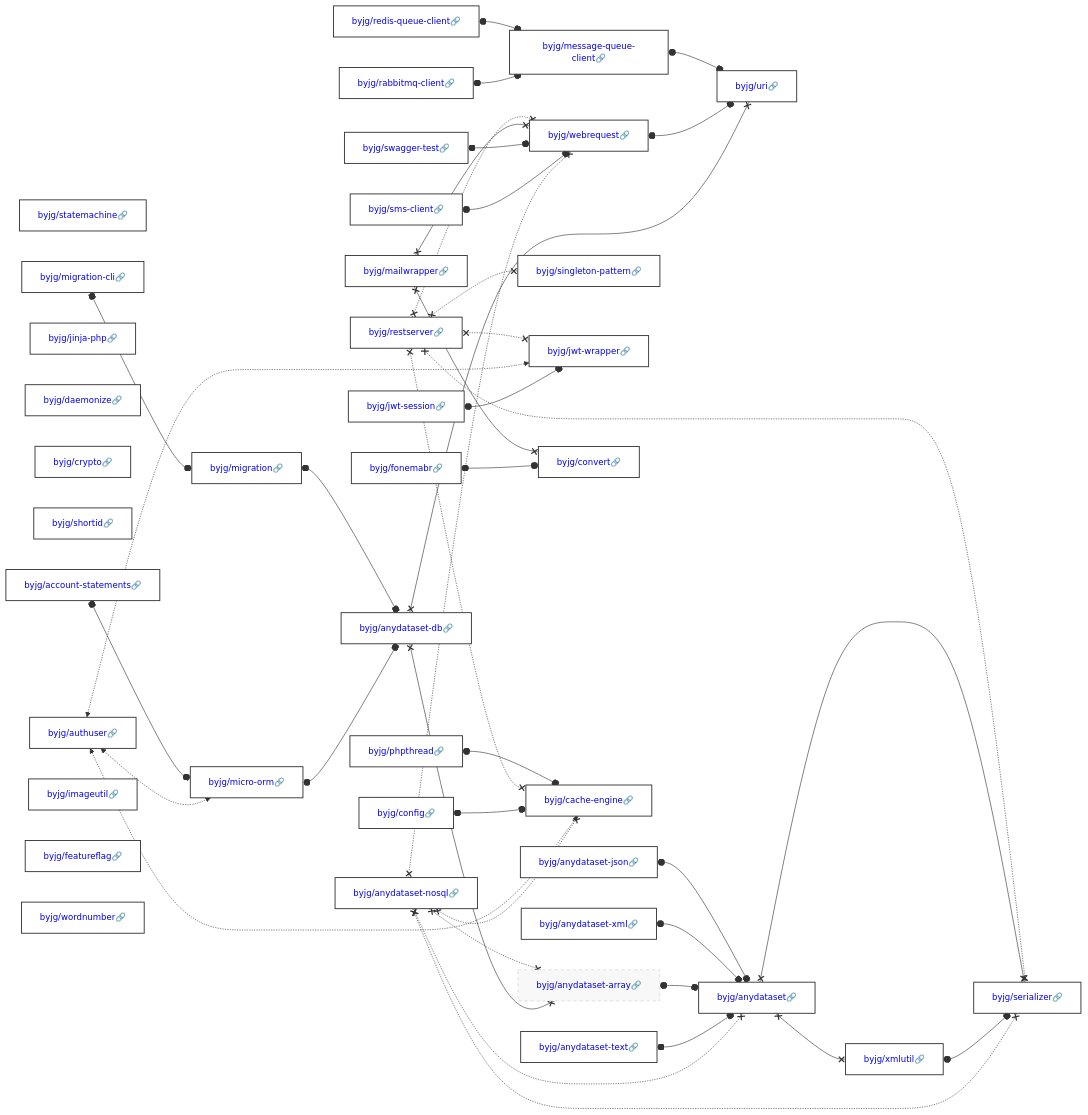
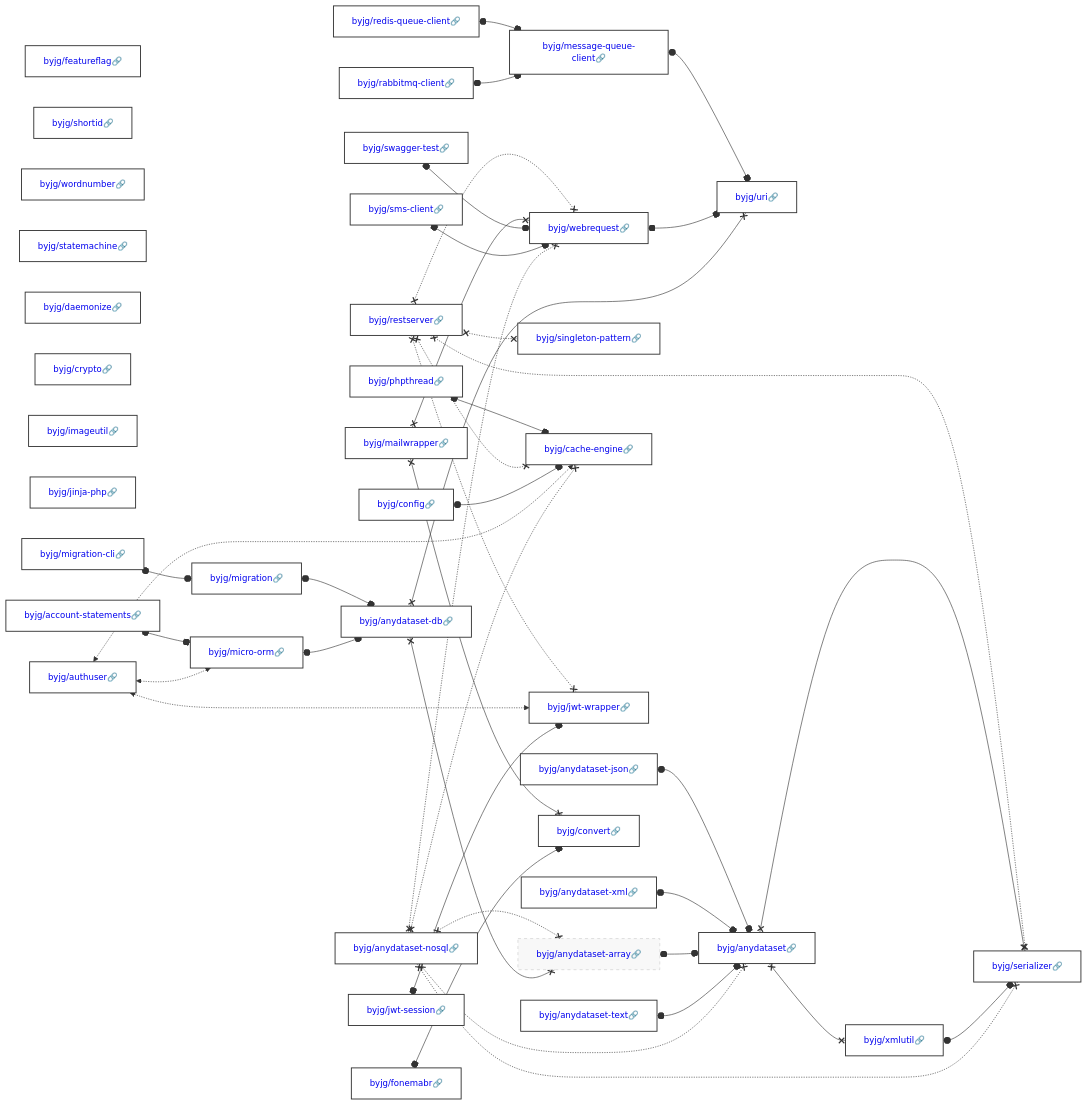
The diagram in docs/php/README.md (byjg/byjg.github.io), drawn with Mermaid before and after one commit. The commit also changed other lines of this file and 1 other file, not shown here.

Commit message:
Update documentation 'php' 'php-rabbitmq-client'

````diff
--- a/docs/php/README.md
+++ b/docs/php/README.md
@@ -3,38 +3,38 @@
 ```mermaid
 graph LR;
+  byjg/anydataset-nosql[<a href='https://opensource.byjg.com/docs/php/anydataset-nosql' style='text-decoration:none'>byjg/anydataset-nosql🔗</a>];
+  byjg/sms-client[<a href='https://opensource.byjg.com/docs/php/sms-client' style='text-decoration:none'>byjg/sms-client🔗</a>];
+  byjg/featureflag[<a href='https://opensource.byjg.com/docs/php/featureflag' style='text-decoration:none'>byjg/featureflag🔗</a>];
+  byjg/shortid[<a href='https://opensource.byjg.com/docs/php/shortid' style='text-decoration:none'>byjg/shortid🔗</a>];
+  byjg/wordnumber[<a href='https://opensource.byjg.com/docs/php/wordnumber' style='text-decoration:none'>byjg/wordnumber🔗</a>];
+  byjg/phpthread[<a href='https://opensource.byjg.com/docs/php/phpthread' style='text-decoration:none'>byjg/phpthread🔗</a>];
+  byjg/statemachine[<a href='https://opensource.byjg.com/docs/php/statemachine' style='text-decoration:none'>byjg/statemachine🔗</a>];
+  byjg/restserver[<a href='https://opensource.byjg.com/docs/php/restserver' style='text-decoration:none'>byjg/restserver🔗</a>];
+  byjg/daemonize[<a href='https://opensource.byjg.com/docs/php/daemonize' style='text-decoration:none'>byjg/daemonize🔗</a>];
+  byjg/crypto[<a href='https://opensource.byjg.com/docs/php/crypto' style='text-decoration:none'>byjg/crypto🔗</a>];
+  byjg/imageutil[<a href='https://opensource.byjg.com/docs/php/imageutil' style='text-decoration:none'>byjg/imageutil🔗</a>];
+  byjg/mailwrapper[<a href='https://opensource.byjg.com/docs/php/mailwrapper' style='text-decoration:none'>byjg/mailwrapper🔗</a>];
+  byjg/jinja-php[<a href='https://opensource.byjg.com/docs/php/jinja-php' style='text-decoration:none'>byjg/jinja-php🔗</a>];
+  byjg/config[<a href='https://opensource.byjg.com/docs/php/config' style='text-decoration:none'>byjg/config🔗</a>];
+  byjg/anydataset-text[<a href='https://opensource.byjg.com/docs/php/anydataset-text' style='text-decoration:none'>byjg/anydataset-text🔗</a>];
+  byjg/anydataset-json[<a href='https://opensource.byjg.com/docs/php/anydataset-json' style='text-decoration:none'>byjg/anydataset-json🔗</a>];
+  byjg/swagger-test[<a href='https://opensource.byjg.com/docs/php/swagger-test' style='text-decoration:none'>byjg/swagger-test🔗</a>];
+  byjg/anydataset-xml[<a href='https://opensource.byjg.com/docs/php/anydataset-xml' style='text-decoration:none'>byjg/anydataset-xml🔗</a>];
+  byjg/authuser[<a href='https://opensource.byjg.com/docs/php/authuser' style='text-decoration:none'>byjg/authuser🔗</a>];
+  byjg/jwt-session[<a href='https://opensource.byjg.com/docs/php/jwt-session' style='text-decoration:none'>byjg/jwt-session🔗</a>];
+  byjg/migration-cli[<a href='https://opensource.byjg.com/docs/php/migration-cli' style='text-decoration:none'>byjg/migration-cli🔗</a>];
+  byjg/account-statements[<a href='https://opensource.byjg.com/docs/php/account-statements' style='text-decoration:none'>byjg/account-statements🔗</a>];
+  byjg/redis-queue-client[<a href='https://opensource.byjg.com/docs/php/redis-queue-client' style='text-decoration:none'>byjg/redis-queue-client🔗</a>];
   byjg/rabbitmq-client[<a href='https://opensource.byjg.com/docs/php/rabbitmq-client' style='text-decoration:none'>byjg/rabbitmq-client🔗</a>];
-  byjg/statemachine[<a href='https://opensource.byjg.com/docs/php/statemachine' style='text-decoration:none'>byjg/statemachine🔗</a>];
-  byjg/authuser[<a href='https://opensource.byjg.com/docs/php/authuser' style='text-decoration:none'>byjg/authuser🔗</a>];
-  byjg/jinja-php[<a href='https://opensource.byjg.com/docs/php/jinja-php' style='text-decoration:none'>byjg/jinja-php🔗</a>];
-  byjg/jwt-session[<a href='https://opensource.byjg.com/docs/php/jwt-session' style='text-decoration:none'>byjg/jwt-session🔗</a>];
-  byjg/anydataset-json[<a href='https://opensource.byjg.com/docs/php/anydataset-json' style='text-decoration:none'>byjg/anydataset-json🔗</a>];
   byjg/fonemabr[<a href='https://opensource.byjg.com/docs/php/fonemabr' style='text-decoration:none'>byjg/fonemabr🔗</a>];
-  byjg/daemonize[<a href='https://opensource.byjg.com/docs/php/daemonize' style='text-decoration:none'>byjg/daemonize🔗</a>];
-  byjg/anydataset-xml[<a href='https://opensource.byjg.com/docs/php/anydataset-xml' style='text-decoration:none'>byjg/anydataset-xml🔗</a>];
-  byjg/crypto[<a href='https://opensource.byjg.com/docs/php/crypto' style='text-decoration:none'>byjg/crypto🔗</a>];
-  byjg/restserver[<a href='https://opensource.byjg.com/docs/php/restserver' style='text-decoration:none'>byjg/restserver🔗</a>];
-  byjg/shortid[<a href='https://opensource.byjg.com/docs/php/shortid' style='text-decoration:none'>byjg/shortid🔗</a>];
-  byjg/account-statements[<a href='https://opensource.byjg.com/docs/php/account-statements' style='text-decoration:none'>byjg/account-statements🔗</a>];
-  byjg/anydataset-nosql[<a href='https://opensource.byjg.com/docs/php/anydataset-nosql' style='text-decoration:none'>byjg/anydataset-nosql🔗</a>];
-  byjg/migration-cli[<a href='https://opensource.byjg.com/docs/php/migration-cli' style='text-decoration:none'>byjg/migration-cli🔗</a>];
-  byjg/imageutil[<a href='https://opensource.byjg.com/docs/php/imageutil' style='text-decoration:none'>byjg/imageutil🔗</a>];
-  byjg/featureflag[<a href='https://opensource.byjg.com/docs/php/featureflag' style='text-decoration:none'>byjg/featureflag🔗</a>];
-  byjg/sms-client[<a href='https://opensource.byjg.com/docs/php/sms-client' style='text-decoration:none'>byjg/sms-client🔗</a>];
-  byjg/redis-queue-client[<a href='https://opensource.byjg.com/docs/php/redis-queue-client' style='text-decoration:none'>byjg/redis-queue-client🔗</a>];
-  byjg/anydataset-text[<a href='https://opensource.byjg.com/docs/php/anydataset-text' style='text-decoration:none'>byjg/anydataset-text🔗</a>];
-  byjg/mailwrapper[<a href='https://opensource.byjg.com/docs/php/mailwrapper' style='text-decoration:none'>byjg/mailwrapper🔗</a>];
-  byjg/phpthread[<a href='https://opensource.byjg.com/docs/php/phpthread' style='text-decoration:none'>byjg/phpthread🔗</a>];
-  byjg/config[<a href='https://opensource.byjg.com/docs/php/config' style='text-decoration:none'>byjg/config🔗</a>];
-  byjg/wordnumber[<a href='https://opensource.byjg.com/docs/php/wordnumber' style='text-decoration:none'>byjg/wordnumber🔗</a>];
-  byjg/swagger-test[<a href='https://opensource.byjg.com/docs/php/swagger-test' style='text-decoration:none'>byjg/swagger-test🔗</a>];
   byjg/singleton-pattern[<a href='https://opensource.byjg.com/docs/php/singleton-pattern' style='text-decoration:none'>byjg/singleton-pattern🔗</a>];
+  byjg/webrequest[<a href='https://opensource.byjg.com/docs/php/webrequest' style='text-decoration:none'>byjg/webrequest🔗</a>];
+  byjg/cache-engine[<a href='https://opensource.byjg.com/docs/php/cache-engine' style='text-decoration:none'>byjg/cache-engine🔗</a>];
   byjg/jwt-wrapper[<a href='https://opensource.byjg.com/docs/php/jwt-wrapper' style='text-decoration:none'>byjg/jwt-wrapper🔗</a>];
+  byjg/migration[<a href='https://opensource.byjg.com/docs/php/migration' style='text-decoration:none'>byjg/migration🔗</a>];
   byjg/micro-orm[<a href='https://opensource.byjg.com/docs/php/micro-orm' style='text-decoration:none'>byjg/micro-orm🔗</a>];
-  byjg/migration[<a href='https://opensource.byjg.com/docs/php/migration' style='text-decoration:none'>byjg/migration🔗</a>];
   byjg/message-queue-client[<a href='https://opensource.byjg.com/docs/php/message-queue-client' style='text-decoration:none'>byjg/message-queue-client🔗</a>];
   byjg/convert[<a href='https://opensource.byjg.com/docs/php/convert' style='text-decoration:none'>byjg/convert🔗</a>];
-  byjg/cache-engine[<a href='https://opensource.byjg.com/docs/php/cache-engine' style='text-decoration:none'>byjg/cache-engine🔗</a>];
-  byjg/webrequest[<a href='https://opensource.byjg.com/docs/php/webrequest' style='text-decoration:none'>byjg/webrequest🔗</a>];
   byjg/anydataset-db[<a href='https://opensource.byjg.com/docs/php/anydataset-db' style='text-decoration:none'>byjg/anydataset-db🔗</a>];
   byjg/anydataset-array[<a href='https://opensource.byjg.com/docs/php/anydataset-array' style='text-decoration:none'>byjg/anydataset-array🔗</a>];
   byjg/uri[<a href='https://opensource.byjg.com/docs/php/uri' style='text-decoration:none'>byjg/uri🔗</a>];
````
